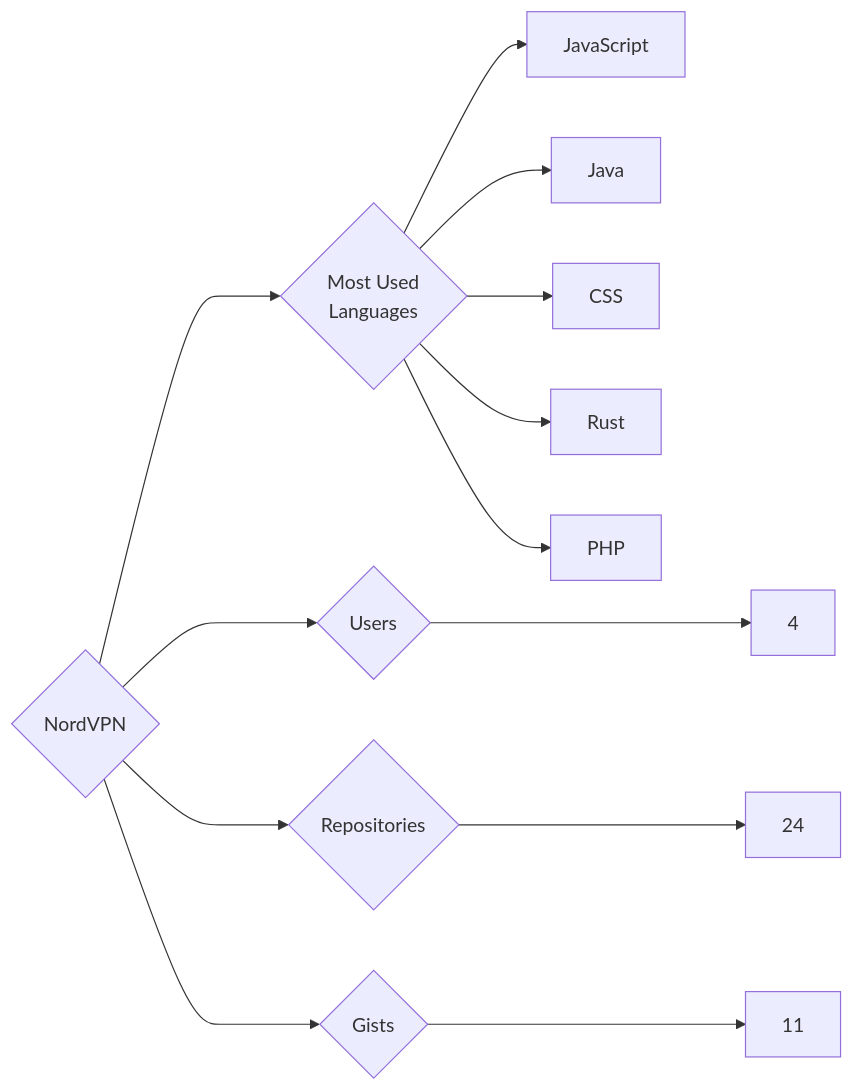
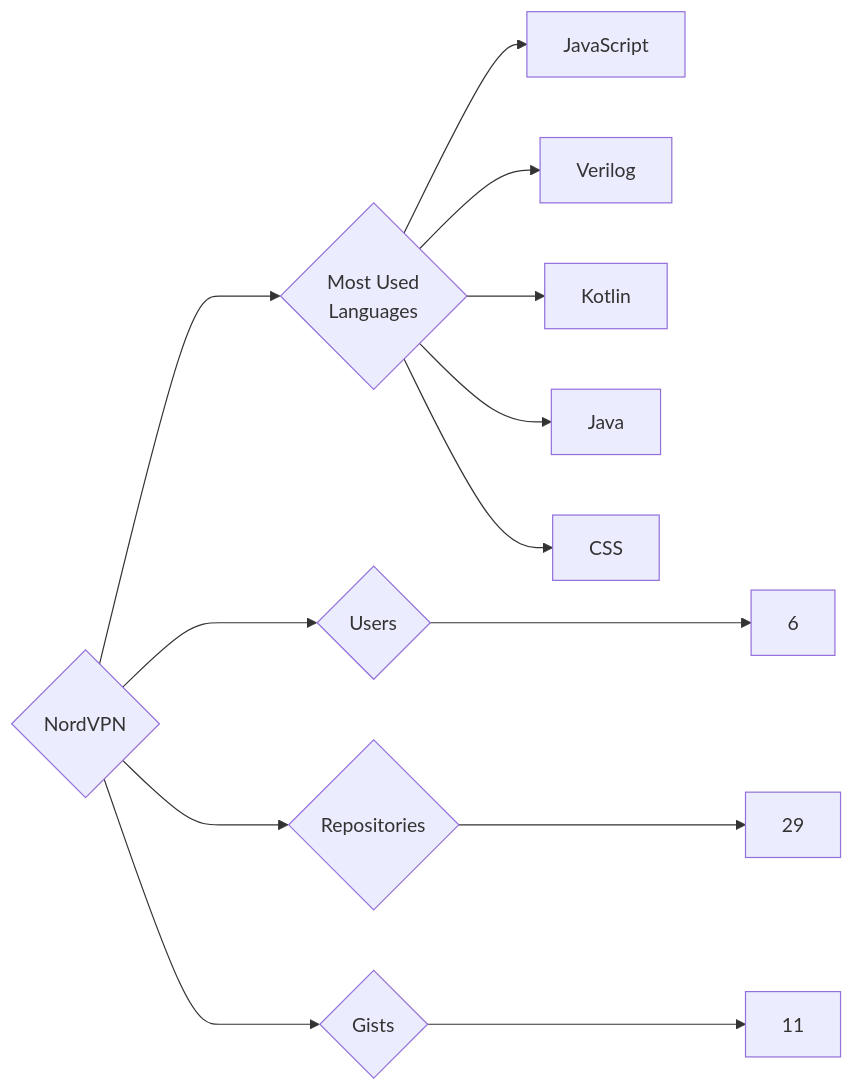
Before and after one commit to trickest/insiders: the diagram in targets/NordVPN/README.md, drawn with Mermaid. The commit also changed 851 other files, not shown here.

````diff
--- a/targets/NordVPN/README.md
+++ b/targets/NordVPN/README.md
@@ -3,13 +3,13 @@
 ```mermaid
 graph LR
 COMPANY_NAME{NordVPN}
-COMPANY_NAME ---> U{Users} ---> UN[4]
-COMPANY_NAME ---> R{Repositories} ---> RN[24]
+COMPANY_NAME ---> U{Users} ---> UN[6]
+COMPANY_NAME ---> R{Repositories} ---> RN[29]
 COMPANY_NAME ---> G{Gists} ---> GN[11]
 COMPANY_NAME ---> ML{Most Used<br>Languages}
 ML --> JavaScript[JavaScript]
+ML --> Verilog[Verilog]
+ML --> Kotlin[Kotlin]
 ML --> Java[Java]
 ML --> CSS[CSS]
-ML --> Rust[Rust]
-ML --> PHP[PHP]
 ```
````
